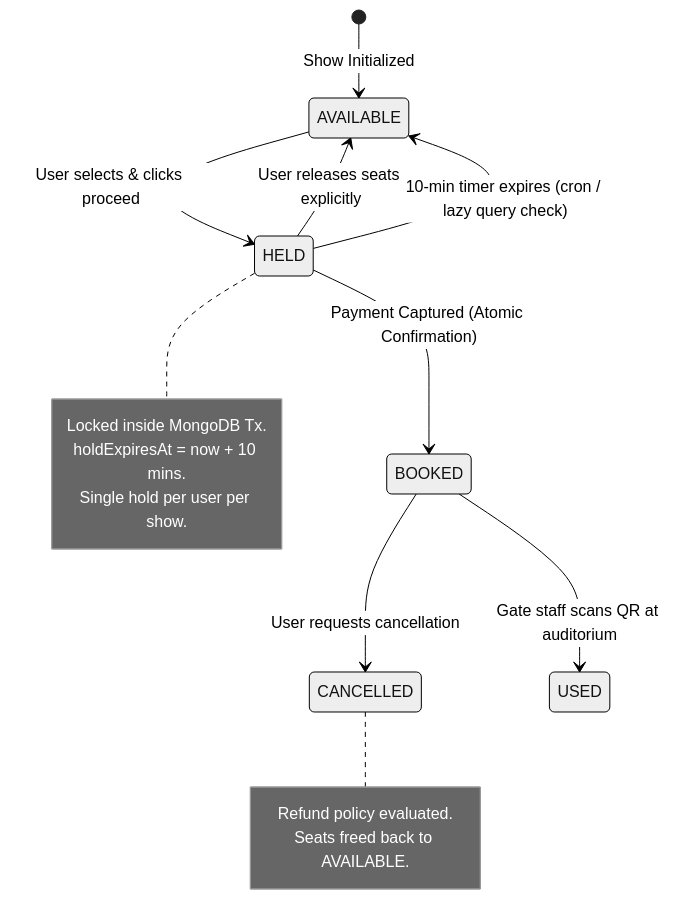
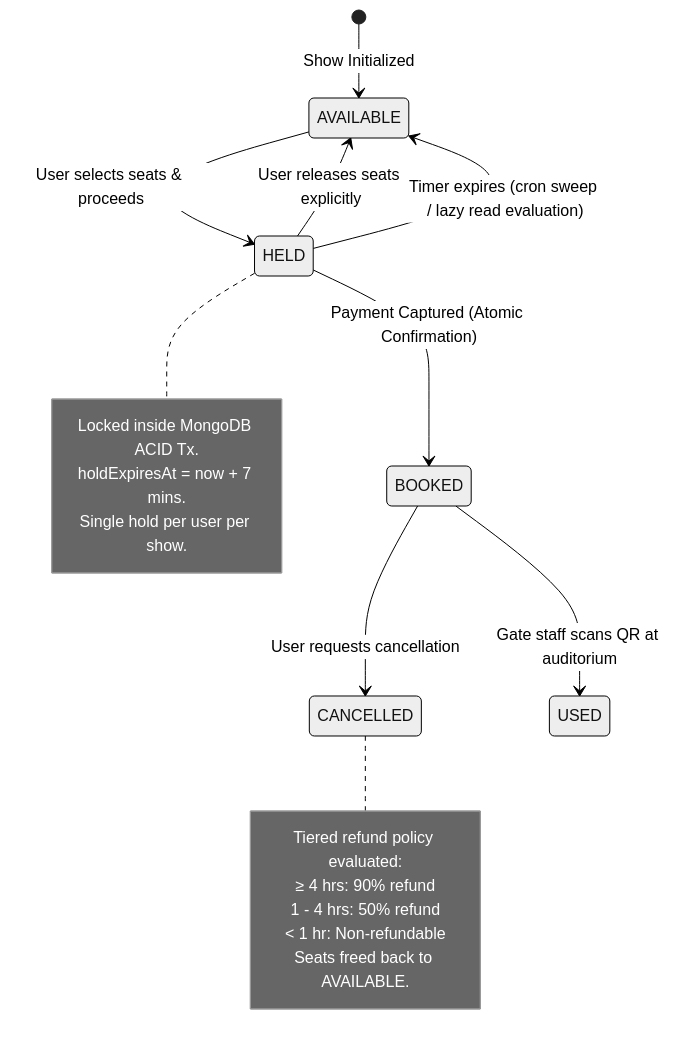
One commit to shahnawajkhankhan186-ops/imovies-ticket-booking changed the second of 2 diagrams in README.md. Above: the diagram before and after it, drawn with Mermaid (neutral theme). The commit also changed other lines of this file and 2 other files, not shown here.

````diff
--- a/README.md
+++ b/README.md
@@ -56,23 +62,26 @@
 ```mermaid
 stateDiagram-v2
     [*] --> AVAILABLE: Show Initialized
 
-    AVAILABLE --> HELD: User selects & clicks proceed
+    AVAILABLE --> HELD: User selects seats & proceeds
     note right of HELD
-      Locked inside MongoDB Tx.
-      holdExpiresAt = now + 10 mins.
+      Locked inside MongoDB ACID Tx.
+      holdExpiresAt = now + 7 mins.
       Single hold per user per show.
     end note
 
     HELD --> AVAILABLE: User releases seats explicitly
-    HELD --> AVAILABLE: 10-min timer expires (cron / lazy query check)
+    HELD --> AVAILABLE: Timer expires (cron sweep / lazy read evaluation)
     HELD --> BOOKED: Payment Captured (Atomic Confirmation)
 
     BOOKED --> CANCELLED: User requests cancellation
     note right of CANCELLED
-      Refund policy evaluated.
+      Tiered refund policy evaluated:
+      ≥ 4 hrs: 90% refund
+      1 - 4 hrs: 50% refund
+      < 1 hr: Non-refundable
       Seats freed back to AVAILABLE.
     end note
 
     BOOKED --> USED: Gate staff scans QR at auditorium
 ```
````
